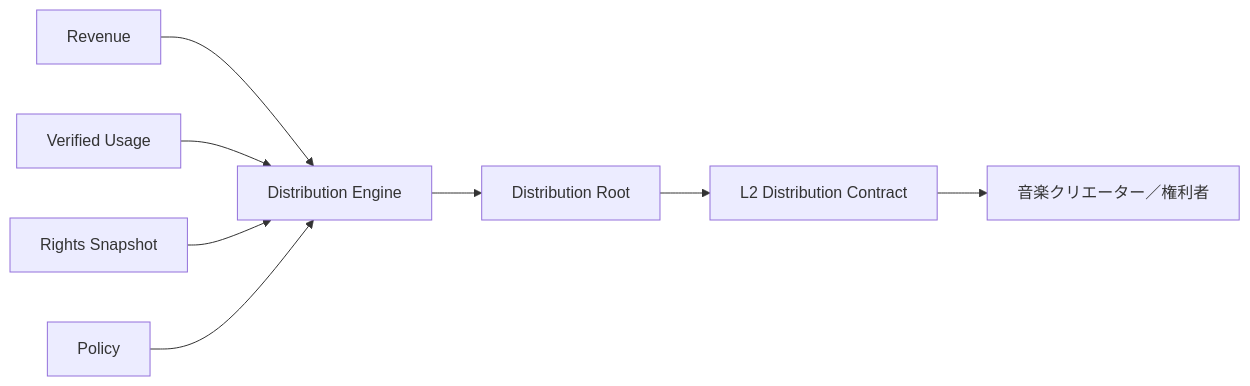
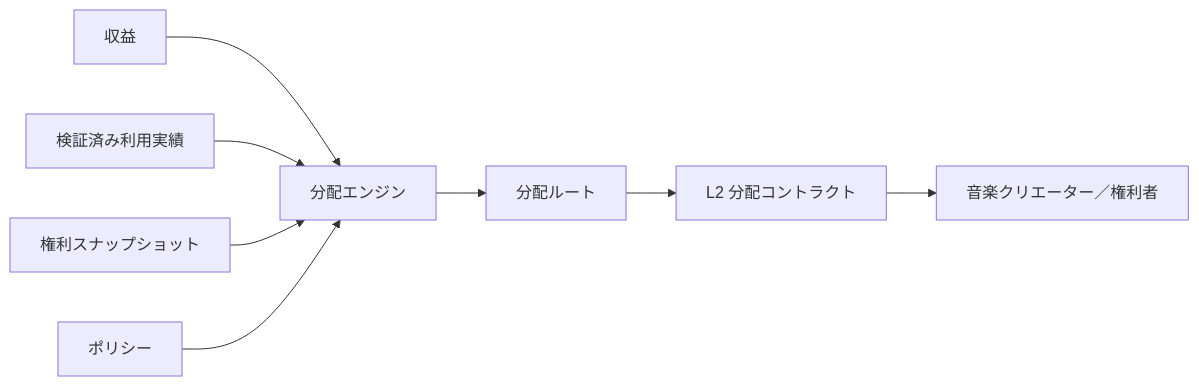
One commit to ShigeichiroYamasaki/creator-first-platform changed the fourth of 4 diagrams in docs/adr/ADR-0007-blockchain-l2-strategy.md. Above: the diagram before and after it, drawn with Mermaid. The commit also changed other lines of this file and 72 other files, not shown here.

````diff
--- a/docs/adr/ADR-0007-blockchain-l2-strategy.md
+++ b/docs/adr/ADR-0007-blockchain-l2-strategy.md
@@ -373,17 +373,17 @@
 ```mermaid
 flowchart LR
-    REV[Revenue]
-    USAGE[Verified Usage]
-    RIGHTS[Rights Snapshot]
-    POLICY[Policy]
-    ENGINE[Distribution Engine]
-    ROOT[Distribution Root]
-    CONTRACT[L2 Distribution Contract]
+    REV[収益]
+    USAGE[検証済み利用実績]
+    RIGHTS[権利スナップショット]
+    POLICY[ポリシー]
+    ENGINE[分配エンジン]
+    ROOT[分配ルート]
+    CONTRACT[L2 分配コントラクト]
     PAY[音楽クリエーター／権利者]
 
     REV --> ENGINE
     USAGE --> ENGINE
     RIGHTS --> ENGINE
     POLICY --> ENGINE
     ENGINE --> ROOT --> CONTRACT --> PAY
 ```
````
